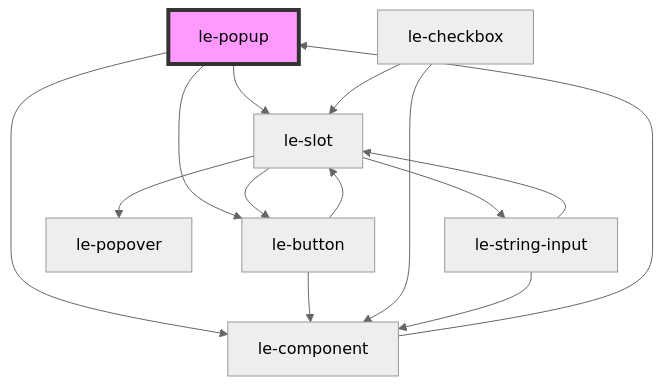
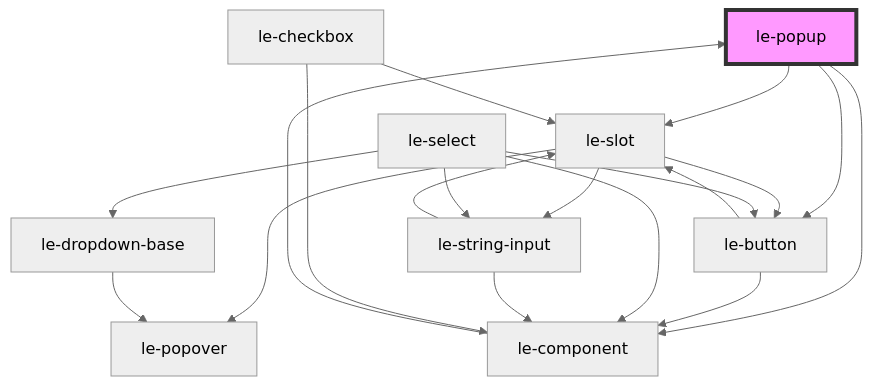
Before and after one commit to leechy/le-kit: the diagram in src/components/le-popup/readme.md, drawn with Mermaid (neutral theme). The commit also changed 25 other files, not shown here.

Commit message:
Fix for the <le-popover> to have nested popovers (like <le-select>

````diff
--- a/src/components/le-popup/readme.md
+++ b/src/components/le-popup/readme.md
@@ -109,17 +109,22 @@
 ```mermaid
 graph TD;
   le-popup --> le-slot
   le-popup --> le-button
   le-popup --> le-component
   le-slot --> le-popover
   le-slot --> le-button
   le-slot --> le-string-input
   le-button --> le-component
   le-button --> le-slot
   le-component --> le-popup
+  le-select --> le-component
+  le-select --> le-dropdown-base
+  le-select --> le-button
+  le-select --> le-string-input
+  le-dropdown-base --> le-popover
+  le-string-input --> le-component
+  le-string-input --> le-slot
   le-checkbox --> le-component
   le-checkbox --> le-slot
-  le-string-input --> le-component
-  le-string-input --> le-slot
   style le-popup fill:#f9f,stroke:#333,stroke-width:4px
 ```
````
